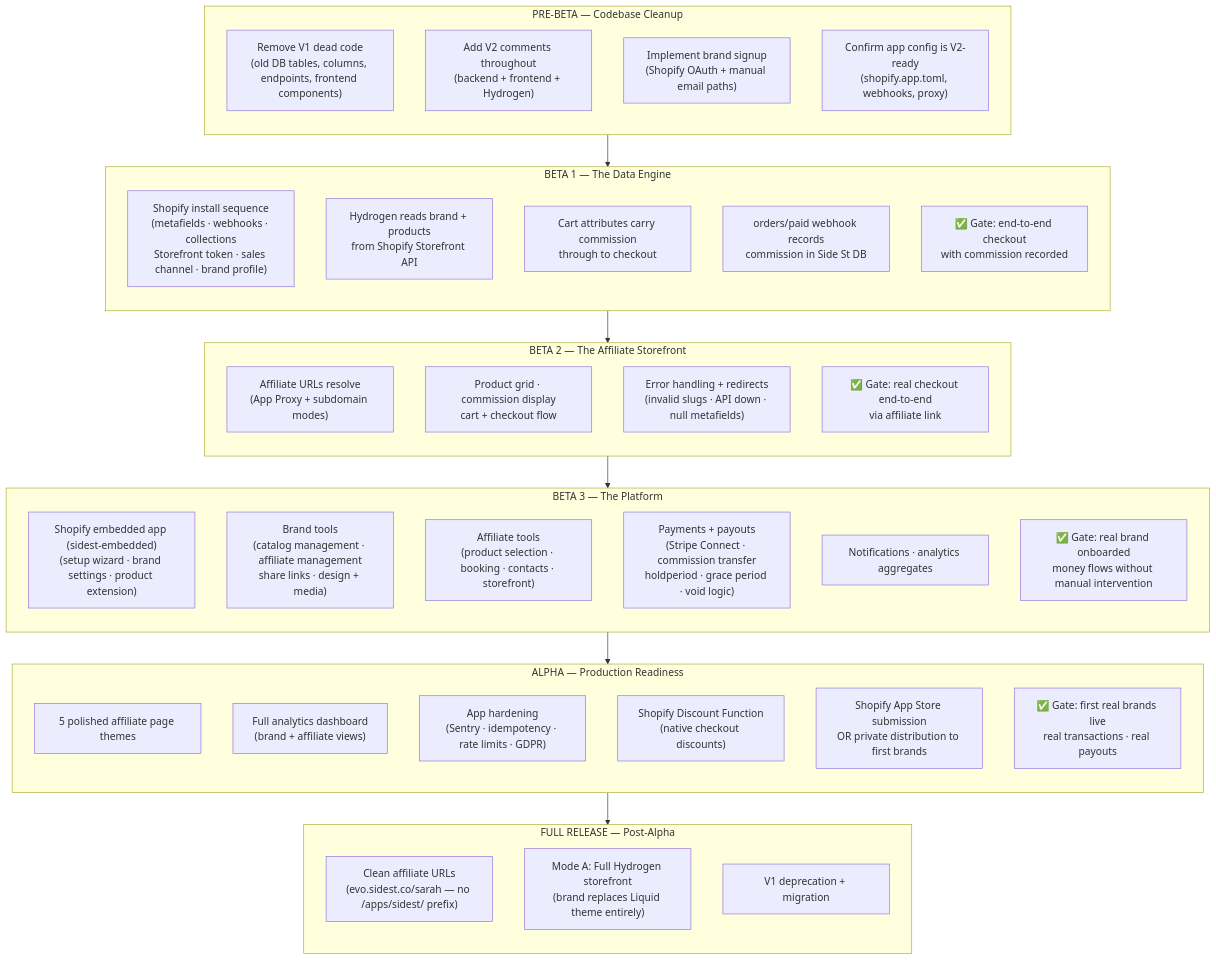
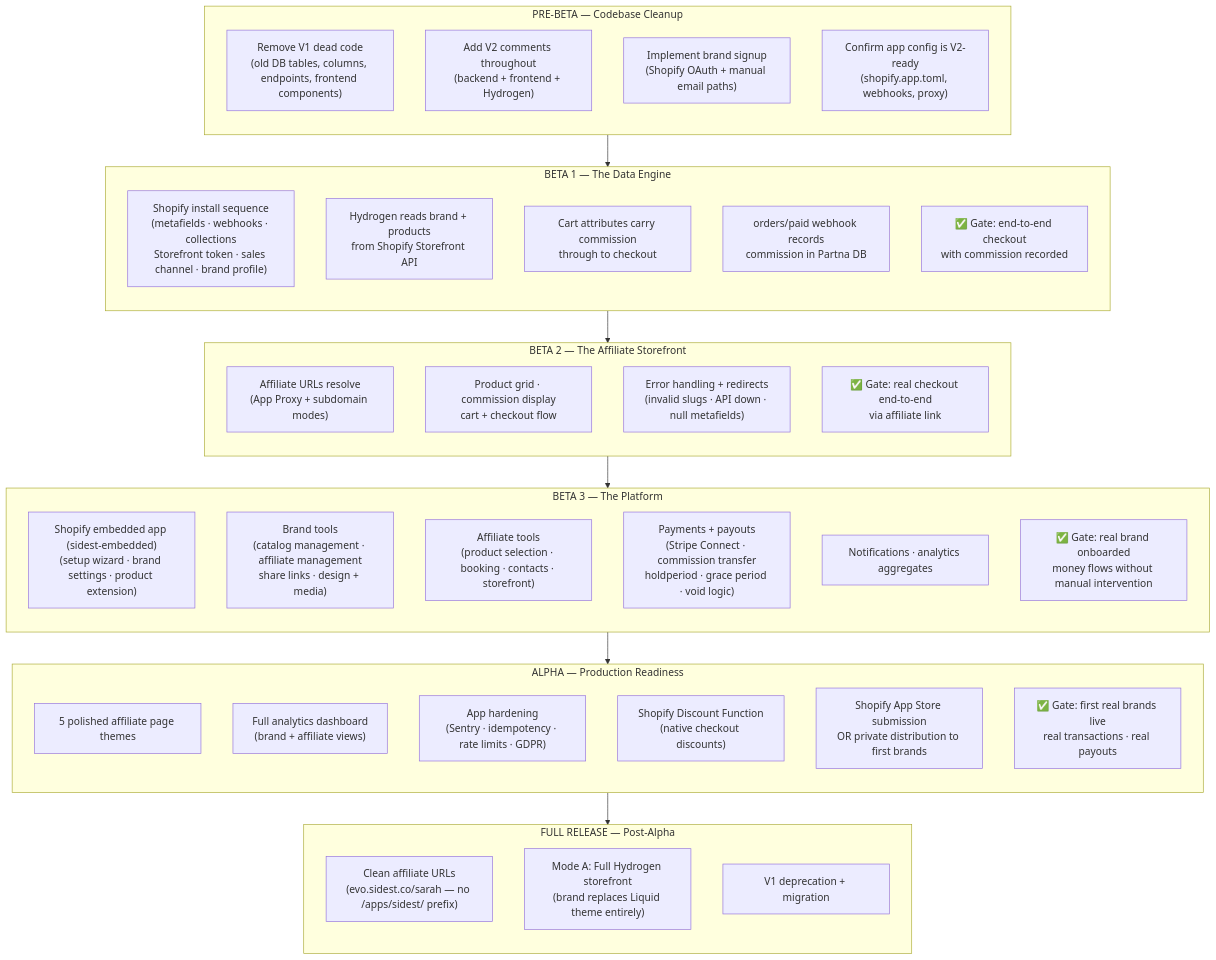
Before and after one commit to Hunter-Balcombe-Sykes/sidest-backend: the second of 2 diagrams in PLAN.md, drawn with Mermaid. The commit also changed other lines of this file and 218 other files, not shown here.

````diff
--- a/PLAN.md
+++ b/PLAN.md
@@ -76,57 +76,57 @@
 ```mermaid
 flowchart TD
 
   subgraph PB["PRE-BETA — Codebase Cleanup"]
     direction TB
     PB1["Remove V1 dead code\n(old DB tables, columns, endpoints, frontend components)"]
     PB2["Add V2 comments throughout\n(backend + frontend + Hydrogen)"]
     PB3["Implement brand signup\n(Shopify OAuth + manual email paths)"]
     PB4["Confirm app config is V2-ready\n(shopify.app.toml, webhooks, proxy)"]
   end
 
   subgraph B1["BETA 1 — The Data Engine"]
     direction TB
     B1A["Shopify install sequence\n(metafields · webhooks · collections\nStorefront token · sales channel · brand profile)"]
     B1B["Hydrogen reads brand + products\nfrom Shopify Storefront API"]
     B1C["Cart attributes carry commission\nthrough to checkout"]
-    B1D["orders/paid webhook records\ncommission in Side St DB"]
+    B1D["orders/paid webhook records\ncommission in Partna DB"]
     B1E["✅ Gate: end-to-end checkout\nwith commission recorded"]
   end
 
   subgraph B2["BETA 2 — The Affiliate Storefront"]
     direction TB
     B2A["Affiliate URLs resolve\n(App Proxy + subdomain modes)"]
     B2B["Product grid · commission display\ncart + checkout flow"]
     B2C["Error handling + redirects\n(invalid slugs · API down · null metafields)"]
     B2D["✅ Gate: real checkout end-to-end\nvia affiliate link"]
   end
 
   subgraph B3["BETA 3 — The Platform"]
     direction TB
     B3A["Shopify embedded app (sidest-embedded)\n(setup wizard · brand settings · product extension)"]
     B3B["Brand tools\n(catalog management · affiliate management\nshare links · design + media)"]
     B3C["Affiliate tools\n(product selection · booking · contacts · storefront)"]
     B3D["Payments + payouts\n(Stripe Connect · commission transfer\nholdperiod · grace period · void logic)"]
     B3E["Notifications · analytics aggregates"]
     B3F["✅ Gate: real brand onboarded\nmoney flows without manual intervention"]
   end
 
   subgraph AL["ALPHA — Production Readiness"]
     direction TB
     AL1["5 polished affiliate page themes"]
     AL2["Full analytics dashboard\n(brand + affiliate views)"]
     AL3["App hardening\n(Sentry · idempotency · rate limits · GDPR)"]
     AL4["Shopify Discount Function\n(native checkout discounts)"]
     AL5["Shopify App Store submission\nOR private distribution to first brands"]
     AL6["✅ Gate: first real brands live\nreal transactions · real payouts"]
   end
 
   subgraph FR["FULL RELEASE — Post-Alpha"]
     direction TB
     FR1["Clean affiliate URLs\n(evo.sidest.co/sarah — no /apps/sidest/ prefix)"]
     FR2["Mode A: Full Hydrogen storefront\n(brand replaces Liquid theme entirely)"]
     FR3["V1 deprecation + migration"]
   end
 
   PB --> B1 --> B2 --> B3 --> AL --> FR
 ```
````
